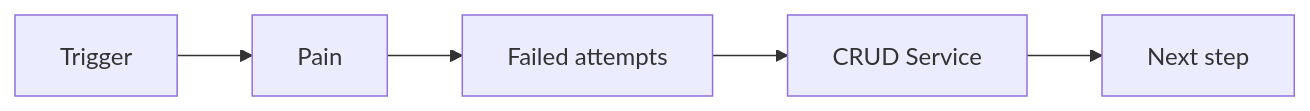
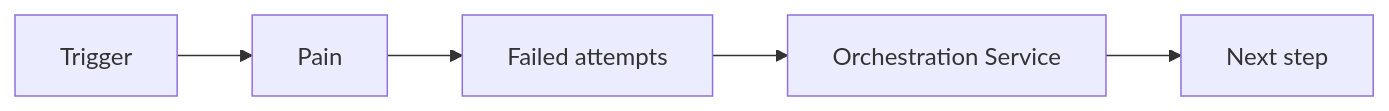
One commit to empowerID/empowernow_docs changed the diagram in marketing/briefs/persona/crud.md. Above: the diagram before and after it, drawn with Mermaid. The commit also changed 82 other files, not shown here.

````diff
--- a/marketing/briefs/persona/crud.md
+++ b/marketing/briefs/persona/crud.md
@@ -22,7 +22,7 @@
 ```mermaid
 flowchart LR
   T[Trigger] --> P[Pain]
   P --> F[Failed attempts]
-  F --> R[CRUD Service]
+  F --> R[Orchestration Service]
   R --> N[Next step]
 ```
````
